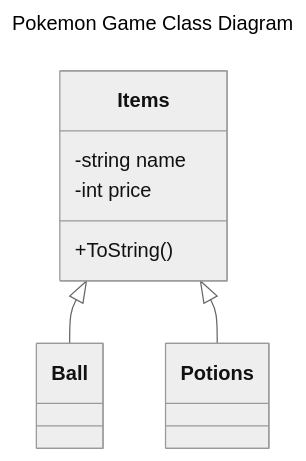
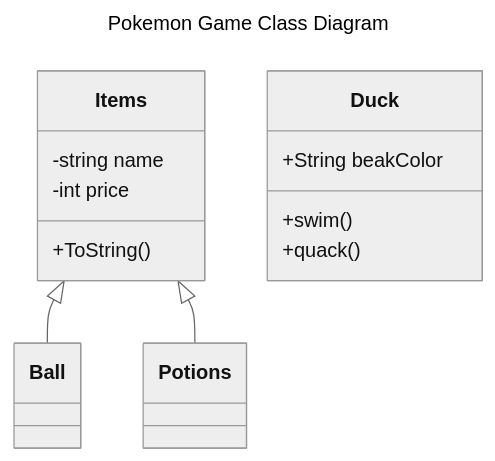
One commit to jinxsu/TextBased-Pokemon changed the diagram in README.md. Above: the diagram before and after it, drawn with Mermaid (neutral theme).

````diff
--- a/README.md
+++ b/README.md
@@ -1,17 +1,22 @@
 ```mermaid
 ---
 title: Pokemon Game Class Diagram
 ---
 classDiagram
 Items<|-- Ball
 Items<|--Potions
 Items: -string name
 Items: -int price
 Items: +ToString()
+class Duck{
+        +String beakColor
+        +swim()
+        +quack()
+    }
 
 
 
 
 
 
 ```
````
